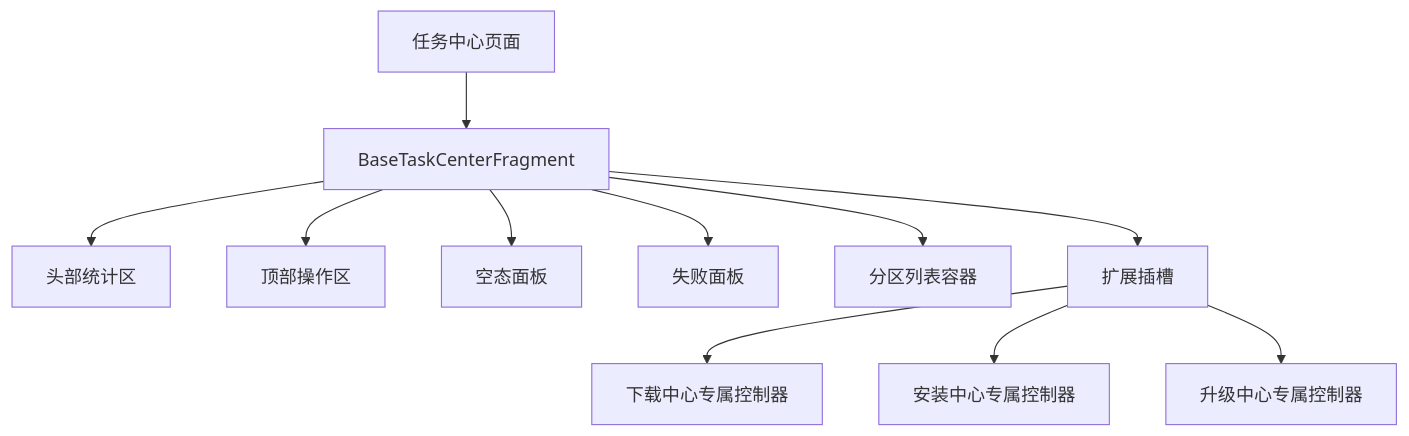
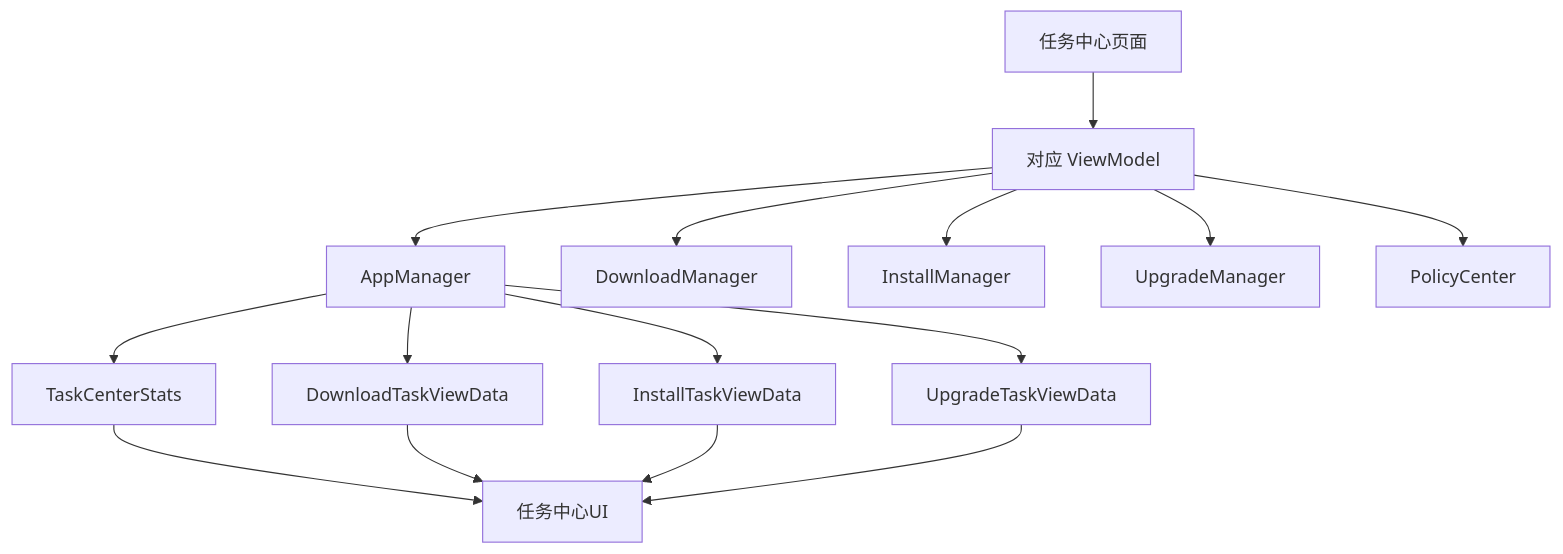
One commit to XZQ/CarAppStore changed the fourth of 4 diagrams in docs/16-整体业务主链路总流程.md. Above: the diagram before and after it, drawn with Mermaid. The commit also changed other lines of this file and 35 other files, not shown here.

Commit message:
Docs: reorganize architecture docs and handoff guide

````diff
--- a/docs/16-整体业务主链路总流程.md
+++ b/docs/16-整体业务主链路总流程.md
@@ -141,15 +183,20 @@
 ```mermaid
 flowchart TD
 
-TC[任务中心页面] --> BASE[BaseTaskCenterFragment]
-BASE --> HEADER[头部统计区]
-BASE --> ACTION[顶部操作区]
-BASE --> EMPTY[空态面板]
-BASE --> FAILURE[失败面板]
-BASE --> LIST[分区列表容器]
-BASE --> EXT[扩展插槽]
+TC[任务中心页面] --> VM[对应 ViewModel]
+VM --> AM[AppManager]
+VM --> DM[DownloadManager]
+VM --> IM[InstallManager]
+VM --> UM[UpgradeManager]
+VM --> PC[PolicyCenter]
 
-EXT --> DL[下载中心专属控制器]
-EXT --> INS[安装中心专属控制器]
-EXT --> UPG[升级中心专属控制器]
+AM --> DTV[DownloadTaskViewData]
+AM --> ITV[InstallTaskViewData]
+AM --> UTV[UpgradeTaskViewData]
+AM --> STATS[TaskCenterStats]
+
+STATS --> UI[任务中心UI]
+DTV --> UI
+ITV --> UI
+UTV --> UI
 ```
````
